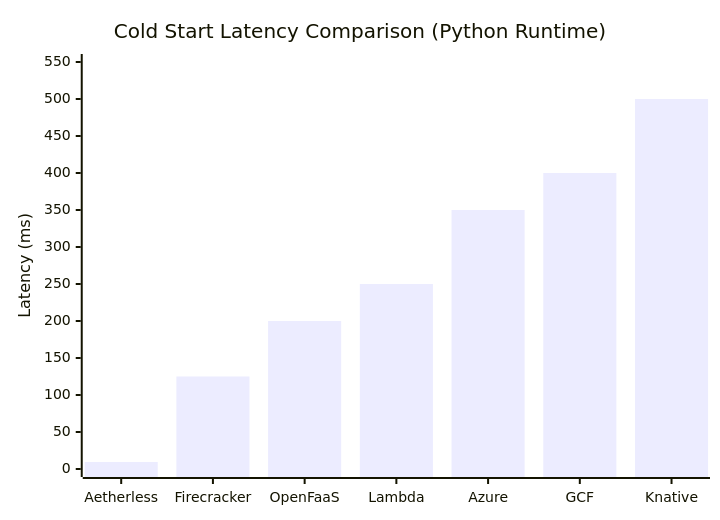
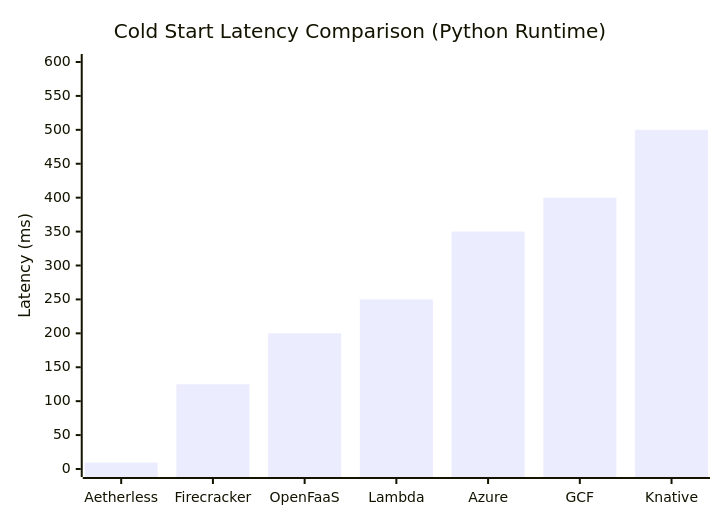
One commit to ankitkpandey1/aetherless changed the second of 5 diagrams in BENCHMARK.md. Above: the diagram before and after it, drawn with Mermaid. The commit also changed other lines of this file and 1 other file, not shown here.

````diff
--- a/BENCHMARK.md
+++ b/BENCHMARK.md
@@ -121,7 +121,7 @@
 ```mermaid
 xychart-beta
     title "Cold Start Latency Comparison (Python Runtime)"
     x-axis ["Aetherless", "Firecracker", "OpenFaaS", "Lambda", "Azure", "GCF", "Knative"]
-    y-axis "Latency (ms)" 0 --> 550
+    y-axis "Latency (ms)" 0 --> 600
     bar [9.5, 125, 200, 250, 350, 400, 500]
 ```
````
